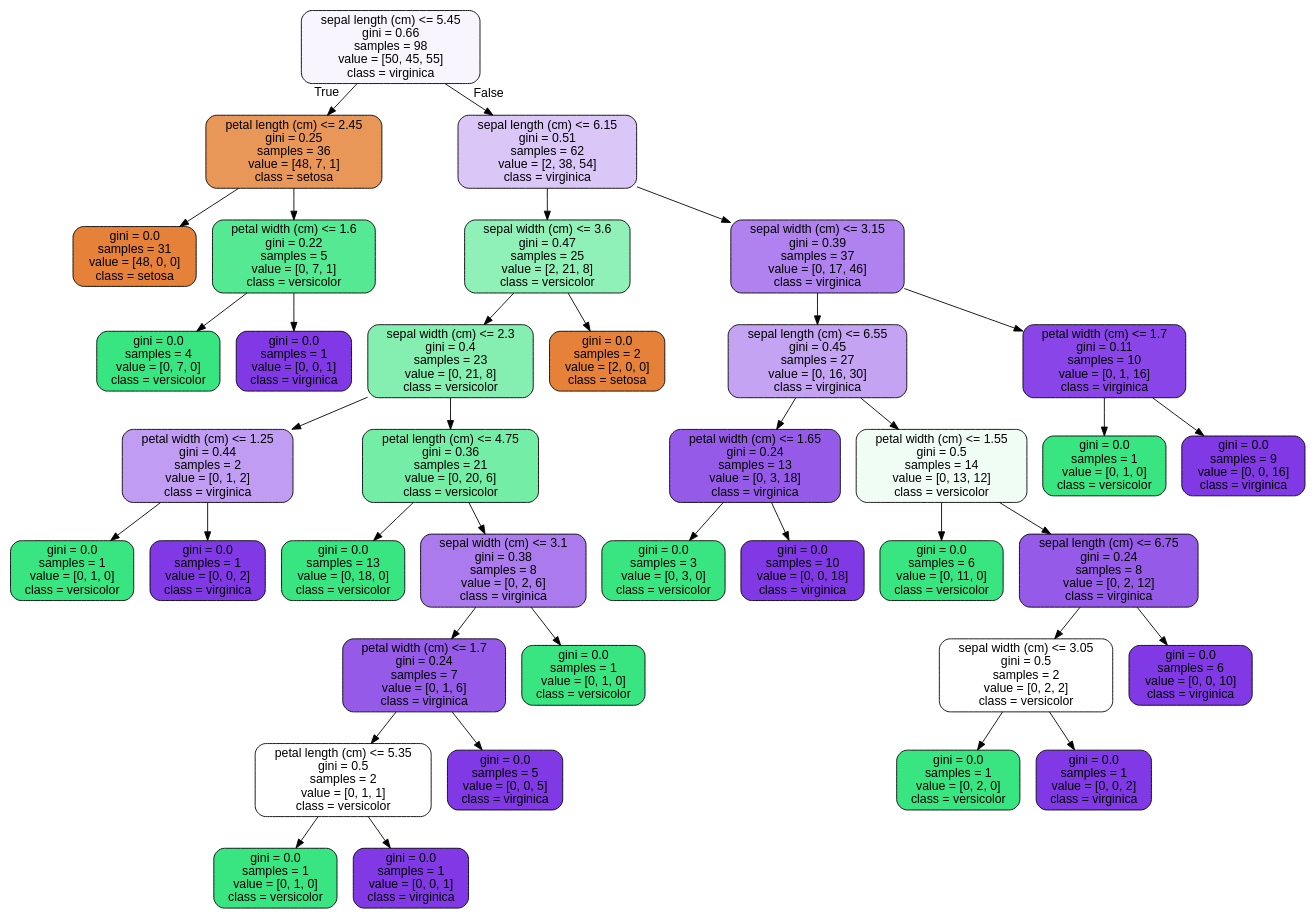
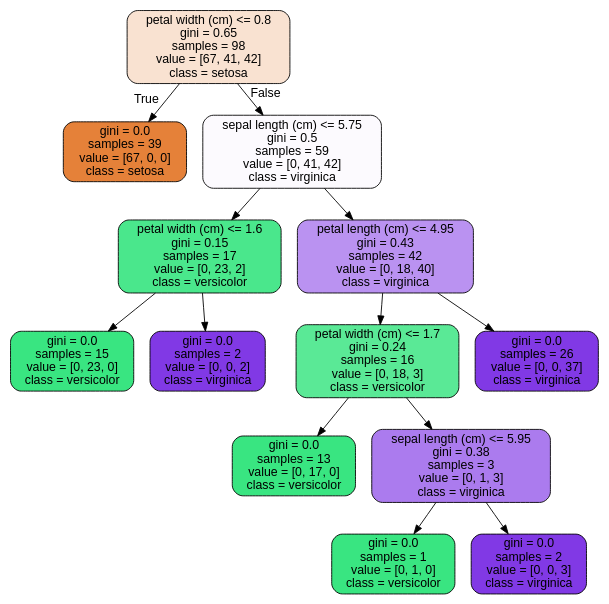
One commit to jvrnuno/Springboard changed the diagram in Random_forest_Covid_case_study/tree.dot. Above: the diagram before and after it, drawn with Graphviz. The commit also changed 2 other files, not shown here.

```diff
--- a/Random_forest_Covid_case_study/tree.dot
+++ b/Random_forest_Covid_case_study/tree.dot
@@ -1,77 +1,29 @@
 digraph Tree {
 node [shape=box, style="filled, rounded", color="black", fontname=helvetica] ;
 edge [fontname=helvetica] ;
-0 [label="sepal length (cm) <= 5.45\ngini = 0.66\nsamples = 98\nvalue = [50, 45, 55]\nclass = virginica", fillcolor="#f9f5fe"] ;
-1 [label="petal length (cm) <= 2.45\ngini = 0.25\nsamples = 36\nvalue = [48, 7, 1]\nclass = setosa", fillcolor="#e99659"] ;
+0 [label="petal width (cm) <= 0.8\ngini = 0.65\nsamples = 98\nvalue = [67, 41, 42]\nclass = setosa", fillcolor="#f9e2d1"] ;
+1 [label="gini = 0.0\nsamples = 39\nvalue = [67, 0, 0]\nclass = setosa", fillcolor="#e58139"] ;
 0 -> 1 [labeldistance=2.5, labelangle=45, headlabel="True"] ;
-2 [label="gini = 0.0\nsamples = 31\nvalue = [48, 0, 0]\nclass = setosa", fillcolor="#e58139"] ;
-1 -> 2 ;
-3 [label="petal width (cm) <= 1.6\ngini = 0.22\nsamples = 5\nvalue = [0, 7, 1]\nclass = versicolor", fillcolor="#55e993"] ;
-1 -> 3 ;
-4 [label="gini = 0.0\nsamples = 4\nvalue = [0, 7, 0]\nclass = versicolor", fillcolor="#39e581"] ;
+2 [label="sepal length (cm) <= 5.75\ngini = 0.5\nsamples = 59\nvalue = [0, 41, 42]\nclass = virginica", fillcolor="#fcfafe"] ;
+0 -> 2 [labeldistance=2.5, labelangle=-45, headlabel="False"] ;
+3 [label="petal width (cm) <= 1.6\ngini = 0.15\nsamples = 17\nvalue = [0, 23, 2]\nclass = versicolor", fillcolor="#4ae78c"] ;
+2 -> 3 ;
+4 [label="gini = 0.0\nsamples = 15\nvalue = [0, 23, 0]\nclass = versicolor", fillcolor="#39e581"] ;
 3 -> 4 ;
-5 [label="gini = 0.0\nsamples = 1\nvalue = [0, 0, 1]\nclass = virginica", fillcolor="#8139e5"] ;
+5 [label="gini = 0.0\nsamples = 2\nvalue = [0, 0, 2]\nclass = virginica", fillcolor="#8139e5"] ;
 3 -> 5 ;
-6 [label="sepal length (cm) <= 6.15\ngini = 0.51\nsamples = 62\nvalue = [2, 38, 54]\nclass = virginica", fillcolor="#dbc6f8"] ;
-0 -> 6 [labeldistance=2.5, labelangle=-45, headlabel="False"] ;
-7 [label="sepal width (cm) <= 3.6\ngini = 0.47\nsamples = 25\nvalue = [2, 21, 8]\nclass = versicolor", fillcolor="#8ff0b8"] ;
+6 [label="petal length (cm) <= 4.95\ngini = 0.43\nsamples = 42\nvalue = [0, 18, 40]\nclass = virginica", fillcolor="#ba92f1"] ;
+2 -> 6 ;
+7 [label="petal width (cm) <= 1.7\ngini = 0.24\nsamples = 16\nvalue = [0, 18, 3]\nclass = versicolor", fillcolor="#5ae996"] ;
 6 -> 7 ;
-8 [label="sepal width (cm) <= 2.3\ngini = 0.4\nsamples = 23\nvalue = [0, 21, 8]\nclass = versicolor", fillcolor="#84efb1"] ;
+8 [label="gini = 0.0\nsamples = 13\nvalue = [0, 17, 0]\nclass = versicolor", fillcolor="#39e581"] ;
 7 -> 8 ;
-9 [label="petal width (cm) <= 1.25\ngini = 0.44\nsamples = 2\nvalue = [0, 1, 2]\nclass = virginica", fillcolor="#c09cf2"] ;
-8 -> 9 ;
+9 [label="sepal length (cm) <= 5.95\ngini = 0.38\nsamples = 3\nvalue = [0, 1, 3]\nclass = virginica", fillcolor="#ab7bee"] ;
+7 -> 9 ;
 10 [label="gini = 0.0\nsamples = 1\nvalue = [0, 1, 0]\nclass = versicolor", fillcolor="#39e581"] ;
 9 -> 10 ;
-11 [label="gini = 0.0\nsamples = 1\nvalue = [0, 0, 2]\nclass = virginica", fillcolor="#8139e5"] ;
+11 [label="gini = 0.0\nsamples = 2\nvalue = [0, 0, 3]\nclass = virginica", fillcolor="#8139e5"] ;
 9 -> 11 ;
-12 [label="petal length (cm) <= 4.75\ngini = 0.36\nsamples = 21\nvalue = [0, 20, 6]\nclass = versicolor", fillcolor="#74eda7"] ;
-8 -> 12 ;
-13 [label="gini = 0.0\nsamples = 13\nvalue = [0, 18, 0]\nclass = versicolor", fillcolor="#39e581"] ;
-12 -> 13 ;
-14 [label="sepal width (cm) <= 3.1\ngini = 0.38\nsamples = 8\nvalue = [0, 2, 6]\nclass = virginica", fillcolor="#ab7bee"] ;
-12 -> 14 ;
-15 [label="petal width (cm) <= 1.7\ngini = 0.24\nsamples = 7\nvalue = [0, 1, 6]\nclass = virginica", fillcolor="#965ae9"] ;
-14 -> 15 ;
-16 [label="petal length (cm) <= 5.35\ngini = 0.5\nsamples = 2\nvalue = [0, 1, 1]\nclass = versicolor", fillcolor="#ffffff"] ;
-15 -> 16 ;
-17 [label="gini = 0.0\nsamples = 1\nvalue = [0, 1, 0]\nclass = versicolor", fillcolor="#39e581"] ;
-16 -> 17 ;
-18 [label="gini = 0.0\nsamples = 1\nvalue = [0, 0, 1]\nclass = virginica", fillcolor="#8139e5"] ;
-16 -> 18 ;
-19 [label="gini = 0.0\nsamples = 5\nvalue = [0, 0, 5]\nclass = virginica", fillcolor="#8139e5"] ;
-15 -> 19 ;
-20 [label="gini = 0.0\nsamples = 1\nvalue = [0, 1, 0]\nclass = versicolor", fillcolor="#39e581"] ;
-14 -> 20 ;
-21 [label="gini = 0.0\nsamples = 2\nvalue = [2, 0, 0]\nclass = setosa", fillcolor="#e58139"] ;
-7 -> 21 ;
-22 [label="sepal width (cm) <= 3.15\ngini = 0.39\nsamples = 37\nvalue = [0, 17, 46]\nclass = virginica", fillcolor="#b082ef"] ;
-6 -> 22 ;
-23 [label="sepal length (cm) <= 6.55\ngini = 0.45\nsamples = 27\nvalue = [0, 16, 30]\nclass = virginica", fillcolor="#c4a3f3"] ;
-22 -> 23 ;
-24 [label="petal width (cm) <= 1.65\ngini = 0.24\nsamples = 13\nvalue = [0, 3, 18]\nclass = virginica", fillcolor="#965ae9"] ;
-23 -> 24 ;
-25 [label="gini = 0.0\nsamples = 3\nvalue = [0, 3, 0]\nclass = versicolor", fillcolor="#39e581"] ;
-24 -> 25 ;
-26 [label="gini = 0.0\nsamples = 10\nvalue = [0, 0, 18]\nclass = virginica", fillcolor="#8139e5"] ;
-24 -> 26 ;
-27 [label="petal width (cm) <= 1.55\ngini = 0.5\nsamples = 14\nvalue = [0, 13, 12]\nclass = versicolor", fillcolor="#f0fdf5"] ;
-23 -> 27 ;
-28 [label="gini = 0.0\nsamples = 6\nvalue = [0, 11, 0]\nclass = versicolor", fillcolor="#39e581"] ;
-27 -> 28 ;
-29 [label="sepal length (cm) <= 6.75\ngini = 0.24\nsamples = 8\nvalue = [0, 2, 12]\nclass = virginica", fillcolor="#965ae9"] ;
-27 -> 29 ;
-30 [label="sepal width (cm) <= 3.05\ngini = 0.5\nsamples = 2\nvalue = [0, 2, 2]\nclass = versicolor", fillcolor="#ffffff"] ;
-29 -> 30 ;
-31 [label="gini = 0.0\nsamples = 1\nvalue = [0, 2, 0]\nclass = versicolor", fillcolor="#39e581"] ;
-30 -> 31 ;
-32 [label="gini = 0.0\nsamples = 1\nvalue = [0, 0, 2]\nclass = virginica", fillcolor="#8139e5"] ;
-30 -> 32 ;
-33 [label="gini = 0.0\nsamples = 6\nvalue = [0, 0, 10]\nclass = virginica", fillcolor="#8139e5"] ;
-29 -> 33 ;
-34 [label="petal width (cm) <= 1.7\ngini = 0.11\nsamples = 10\nvalue = [0, 1, 16]\nclass = virginica", fillcolor="#8945e7"] ;
-22 -> 34 ;
-35 [label="gini = 0.0\nsamples = 1\nvalue = [0, 1, 0]\nclass = versicolor", fillcolor="#39e581"] ;
-34 -> 35 ;
-36 [label="gini = 0.0\nsamples = 9\nvalue = [0, 0, 16]\nclass = virginica", fillcolor="#8139e5"] ;
-34 -> 36 ;
+12 [label="gini = 0.0\nsamples = 26\nvalue = [0, 0, 37]\nclass = virginica", fillcolor="#8139e5"] ;
+6 -> 12 ;
 }
```
